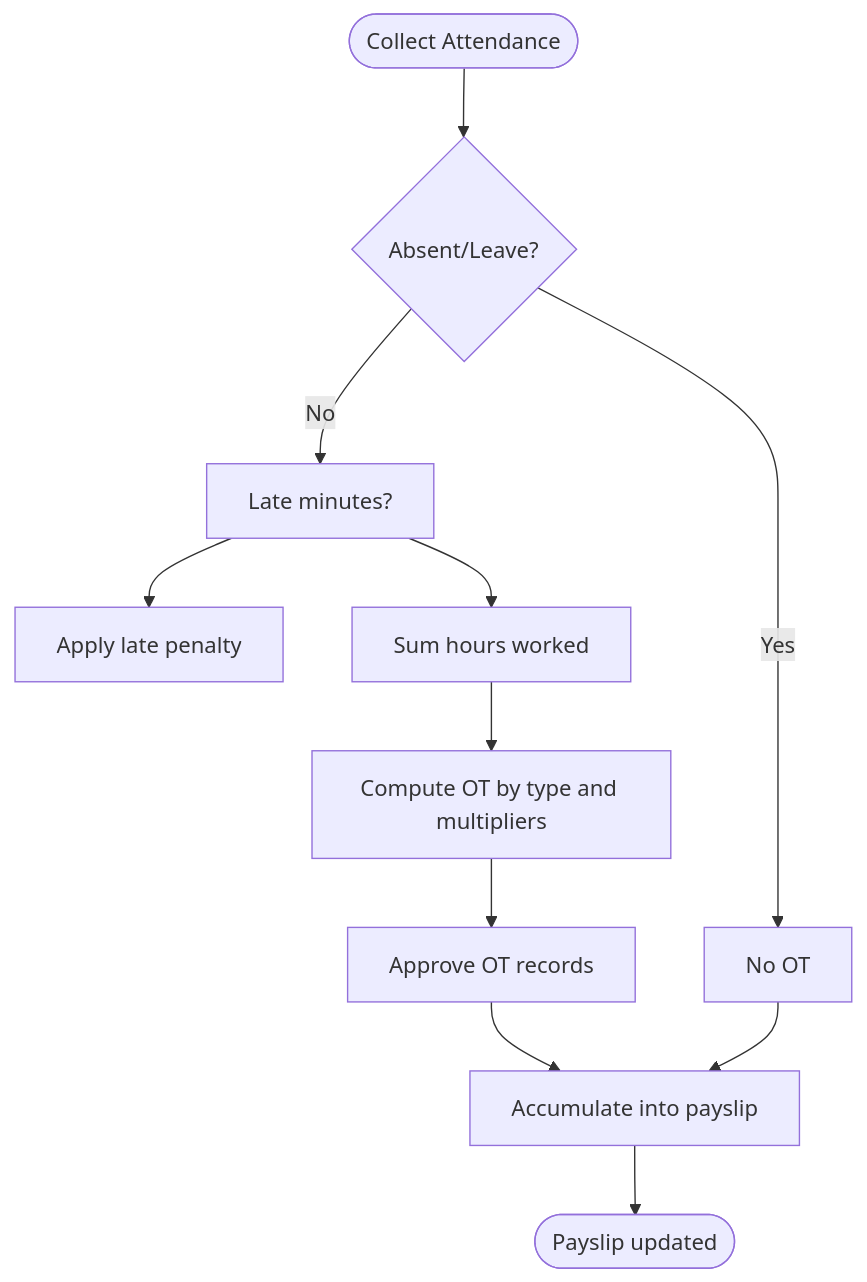
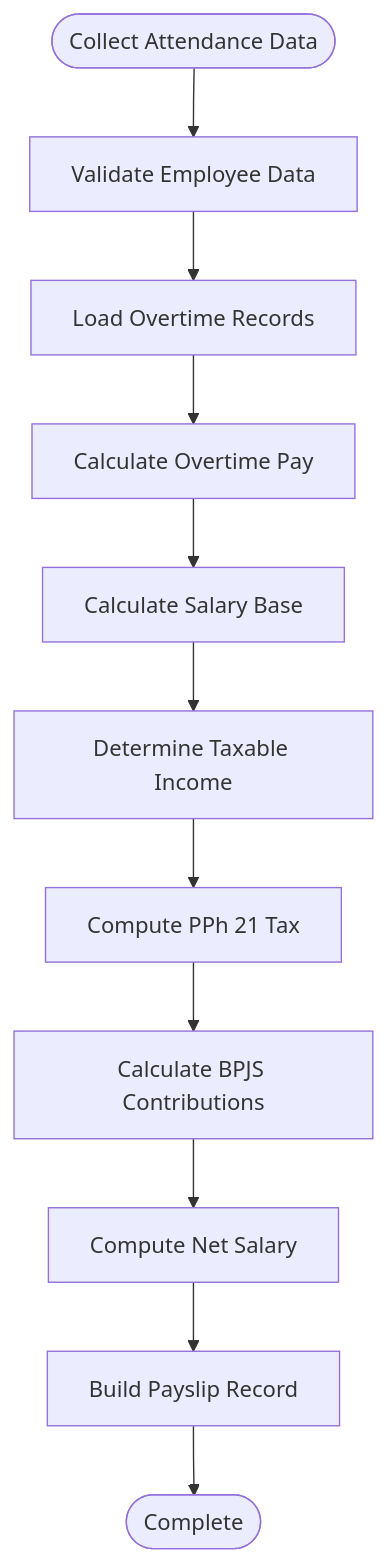
Before and after one commit to bikinaplikasipakeqoder-dot/payroll-hris: the fifth of 9 diagrams in .qoder/repowiki/en/content/Payroll Processing.md, drawn with Mermaid. The commit also changed other lines of this file and 22 other files, not shown here.

Commit message:
feat: show monthly attendance summary per employee with detail modal

````diff
--- a/.qoder/repowiki/en/content/Payroll Processing.md
+++ b/.qoder/repowiki/en/content/Payroll Processing.md
@@ -272,13 +304,13 @@
 ```mermaid
 flowchart TD
-Start(["Collect Attendance"]) --> AbsentOrLeave{"Absent/Leave?"}
-AbsentOrLeave --> |Yes| NoOT["No OT"]
-AbsentOrLeave --> |No| LateCheck["Late minutes?"]
-LateCheck --> LatePenalty["Apply late penalty"]
-LateCheck --> Hours["Sum hours worked"]
-Hours --> OT["Compute OT by type and multipliers"]
-OT --> Approve["Approve OT records"]
-Approve --> Accumulate["Accumulate into payslip"]
-NoOT --> Accumulate
-Accumulate --> End(["Payslip updated"])
+Start(["Collect Attendance Data"]) --> Validate["Validate Employee Data"]
+Validate --> LoadOT["Load Overtime Records"]
+LoadOT --> CalcOT["Calculate Overtime Pay"]
+CalcOT --> BaseCalc["Calculate Salary Base"]
+BaseCalc --> Taxable["Determine Taxable Income"]
+Taxable --> TaxCalc["Compute PPh 21 Tax"]
+TaxCalc --> BPJSCalc["Calculate BPJS Contributions"]
+BPJSCalc --> NetCalc["Compute Net Salary"]
+NetCalc --> BuildPayslip["Build Payslip Record"]
+BuildPayslip --> End(["Complete"])
 ```
````
